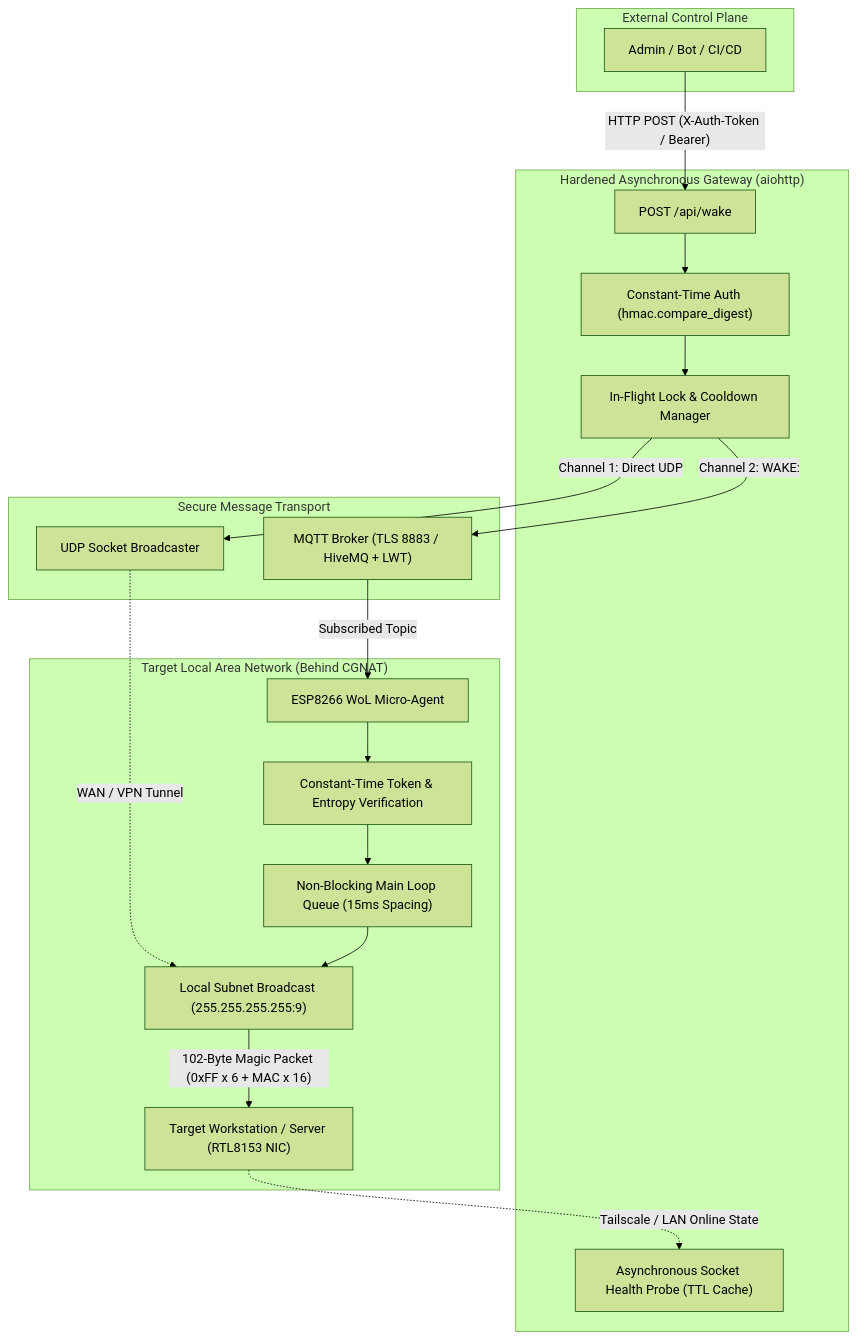
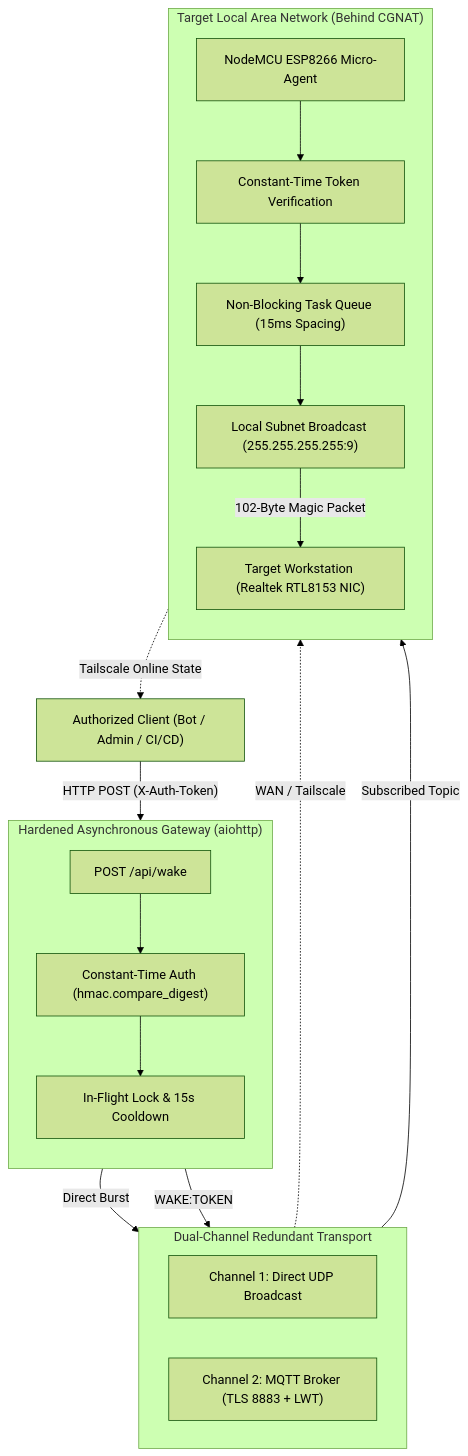
Before and after one commit to g210101021/esp8266-secure-wol-bridge: the diagram in README.md, drawn with Mermaid (forest theme).

Commit message:
fix(docs): re-align mermaid architecture diagram layout for symmetrical rendering

````diff
--- a/README.md
+++ b/README.md
@@ -55,41 +55,39 @@
 ```mermaid
 flowchart TD
-    subgraph Control_Plane["External Control Plane"]
-        Client["Admin / Bot / CI/CD"]
+    Client["Authorized Client (Bot / Admin / CI/CD)"]
+
+    subgraph Gateway["Hardened Asynchronous Gateway (aiohttp)"]
+        direction TB
+        API["POST /api/wake"]
+        Auth["Constant-Time Auth (hmac.compare_digest)"]
+        Dedupe["In-Flight Lock & 15s Cooldown"]
+        API --> Auth --> Dedupe
     end
 
-    subgraph Gateway_Service["Hardened Asynchronous Gateway (aiohttp)"]
-        API["POST /api/wake"]
-        AuthMiddleware["Constant-Time Auth (hmac.compare_digest)"]
-        Dedupe["In-Flight Lock & Cooldown Manager"]
-        Probe["Asynchronous Socket Health Probe (TTL Cache)"]
+    subgraph Transport["Dual-Channel Redundant Transport"]
+        direction LR
+        UDP["Channel 1: Direct UDP Broadcast"]
+        MQTT["Channel 2: MQTT Broker (TLS 8883 + LWT)"]
     end
 
-    subgraph Message_Transport["Secure Message Transport"]
-        DirectSocket["UDP Socket Broadcaster"]
-        MQTTBroker["MQTT Broker (TLS 8883 / HiveMQ + LWT)"]
+    subgraph Edge["Target Local Area Network (Behind CGNAT)"]
+        direction TB
+        ESP["NodeMCU ESP8266 Micro-Agent"]
+        Verify["Constant-Time Token Verification"]
+        Queue["Non-Blocking Task Queue (15ms Spacing)"]
+        Subnet["Local Subnet Broadcast (255.255.255.255:9)"]
+        TargetPC["Target Workstation (Realtek RTL8153 NIC)"]
+
+        ESP --> Verify --> Queue --> Subnet
+        Subnet -->|"102-Byte Magic Packet"| TargetPC
     end
 
-    subgraph Local_Edge["Target Local Area Network (Behind CGNAT)"]
-        ESP["ESP8266 WoL Micro-Agent"]
-        Verify["Constant-Time Token & Entropy Verification"]
-        LoopQueue["Non-Blocking Main Loop Queue (15ms Spacing)"]
-        Subnet["Local Subnet Broadcast (255.255.255.255:9)"]
-        TargetPC["Target Workstation / Server (RTL8153 NIC)"]
-    end
+    Client -->|"HTTP POST (X-Auth-Token)"| API
+    Dedupe -->|"Direct Burst"| UDP
+    Dedupe -->|"WAKE:TOKEN"| MQTT
 
-    Client -->|"HTTP POST (X-Auth-Token / Bearer)"| API
-    API --> AuthMiddleware
-    AuthMiddleware --> Dedupe
-    Dedupe -->|"Channel 1: Direct UDP"| DirectSocket
-    Dedupe -->|"Channel 2: WAKE:<TOKEN>"| MQTTBroker
+    UDP -.->|"WAN / Tailscale"| Subnet
+    MQTT -->|"Subscribed Topic"| ESP
 
-    DirectSocket -.->|"WAN / VPN Tunnel"| Subnet
-    MQTTBroker -->|"Subscribed Topic"| ESP
-
-    ESP --> Verify
-    Verify --> LoopQueue
-    LoopQueue --> Subnet
-    Subnet -->|"102-Byte Magic Packet (0xFF x 6 + MAC x 16)"| TargetPC
-    TargetPC -.->|"Tailscale / LAN Online State"| Probe
+    TargetPC -.->|"Tailscale Online State"| Client
 ```
````
